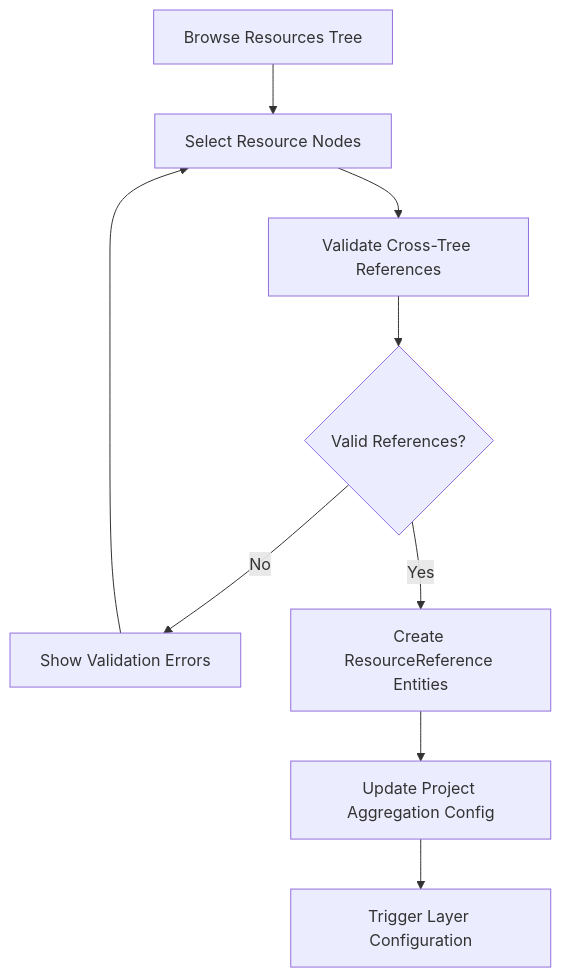
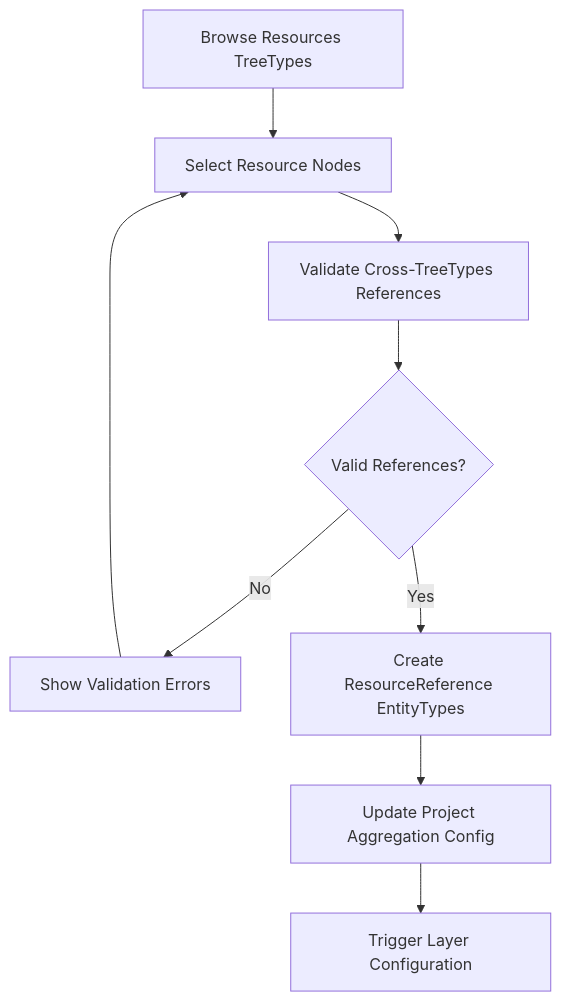
Before and after one commit to kubohiroya/hierarchidb: the second of 4 diagrams in docs/deprecated/REPORT/project/lifecycle.md, drawn with Mermaid. The commit also changed other lines of this file and 452 other files, not shown here.

````diff
--- a/docs/deprecated/REPORT/project/lifecycle.md
+++ b/docs/deprecated/REPORT/project/lifecycle.md
@@ -71,11 +71,11 @@
 ```mermaid
 graph TD
-    A[Browse Resources Tree] --> B[Select Resource Nodes]
-    B --> C[Validate Cross-Tree References]
+    A[Browse Resources TreeTypes] --> B[Select Resource Nodes]
+    B --> C[Validate Cross-TreeTypes References]
     C --> D{Valid References?}
     D -->|No| E[Show Validation Errors]
     E --> B
-    D -->|Yes| F[Create ResourceReference Entities]
+    D -->|Yes| F[Create ResourceReference EntityTypes]
     F --> G[Update Project Aggregation Config]
     G --> H[Trigger Layer Configuration]
 ```
````
